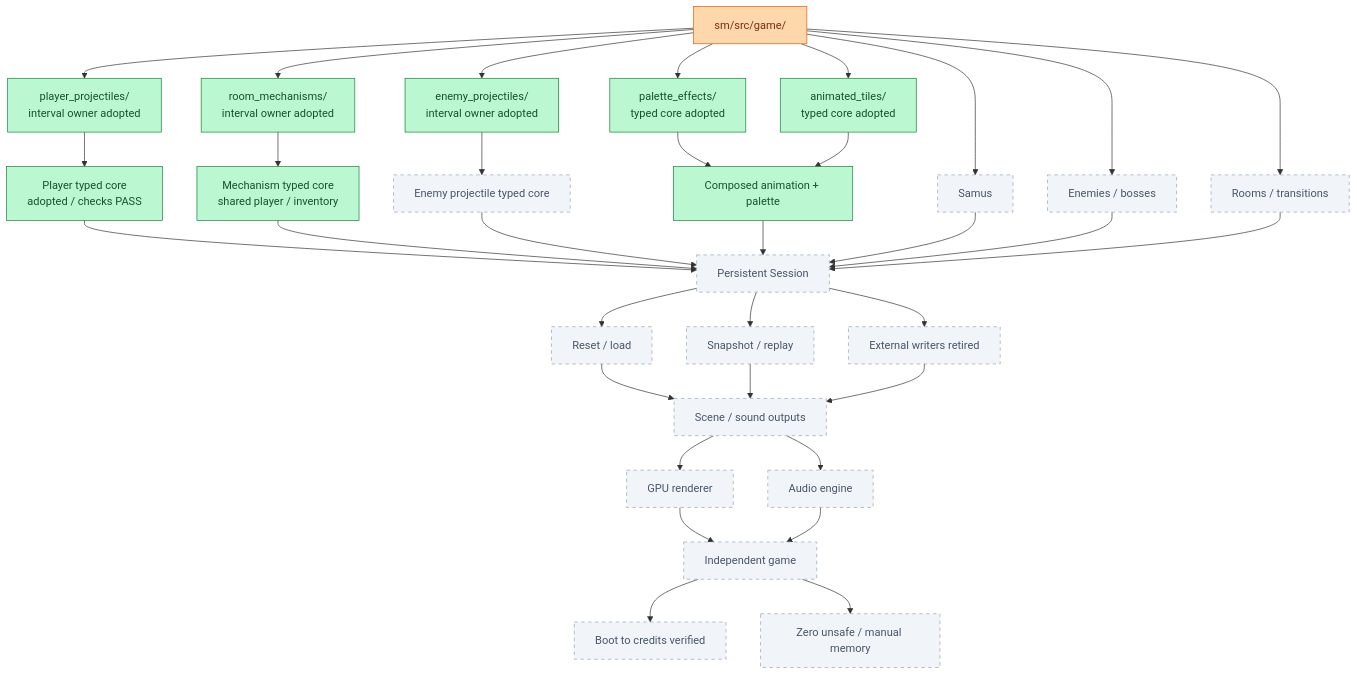
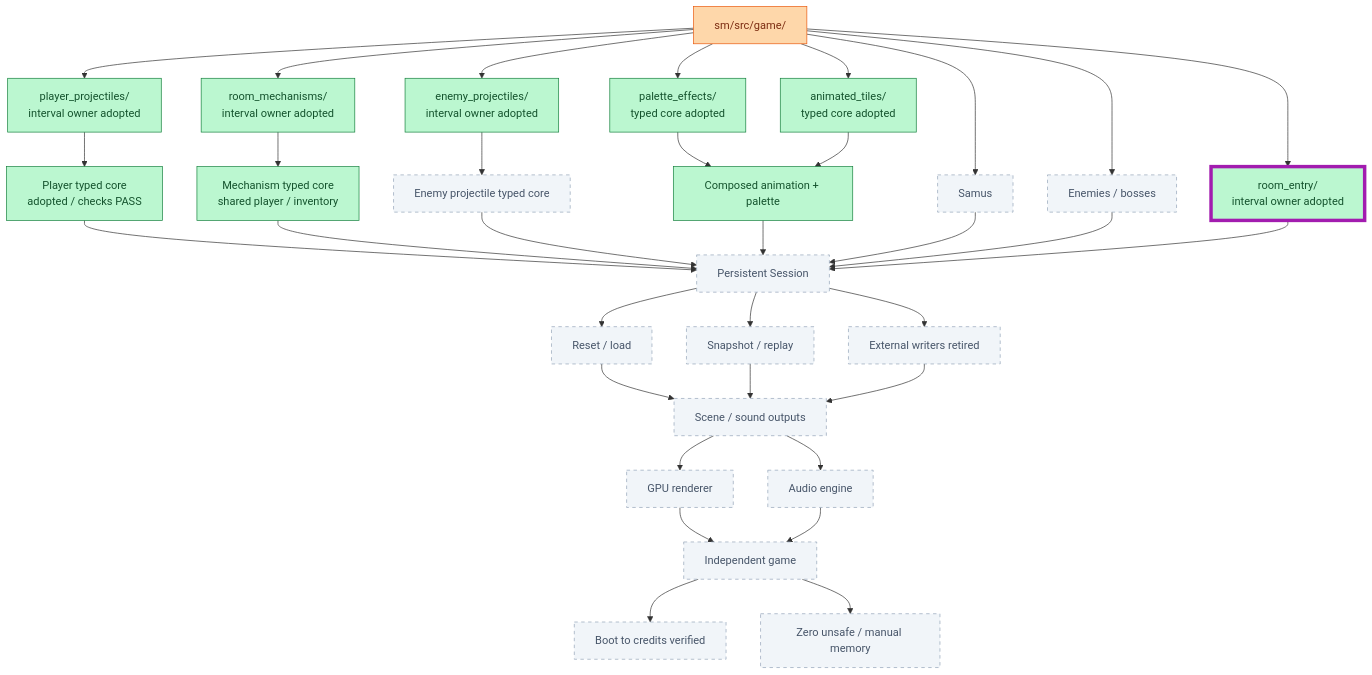
One commit to JimLundin/sm-decomp changed diagram 16 of 20 in PROGRESS.md. Above: the diagram before and after it, drawn with Mermaid. The commit also changed other lines of this file and 61 other files, not shown here.

````diff
--- a/PROGRESS.md
+++ b/PROGRESS.md
@@ -607,42 +637,43 @@
 ```mermaid
 flowchart TB
     GAME["sm/src/game/"]:::active
     GAME --> PP["player_projectiles/<br/>interval owner adopted"]:::done
     GAME --> RM["room_mechanisms/<br/>interval owner adopted"]:::done
     GAME --> EP["enemy_projectiles/<br/>interval owner adopted"]:::done
     GAME --> PAL["palette_effects/<br/>typed core adopted"]:::done
     GAME --> AT["animated_tiles/<br/>typed core adopted"]:::done
     PP --> PPT["Player typed core<br/>adopted / checks PASS"]:::done
     RM --> RMT["Mechanism typed core<br/>shared player / inventory"]:::done
     EP --> EPT["Enemy projectile typed core"]:::pending
     GAME --> SAMUS["Samus"]:::pending
     GAME --> ENEMIES["Enemies / bosses"]:::pending
-    GAME --> ROOMS["Rooms / transitions"]:::pending
+    GAME --> ROOMS["room_entry/<br/>interval owner adopted"]:::done
     PAL --> COMPOSE["Composed animation + palette"]:::done
     AT --> COMPOSE
     PPT --> OWN["Persistent Session"]:::pending
     RMT --> OWN
     EPT --> OWN
     COMPOSE --> OWN
     SAMUS --> OWN
     ENEMIES --> OWN
     ROOMS --> OWN
     OWN --> RESET["Reset / load"]:::pending
     OWN --> REPLAY["Snapshot / replay"]:::pending
     OWN --> WRITERS["External writers retired"]:::pending
     RESET --> OUTPUT["Scene / sound outputs"]:::pending
     REPLAY --> OUTPUT
     WRITERS --> OUTPUT
     OUTPUT --> GPU["GPU renderer"]:::pending
     OUTPUT --> AUDIO["Audio engine"]:::pending
     GPU --> SHIP["Independent game"]:::pending
     AUDIO --> SHIP
     SHIP --> CREDITS["Boot to credits verified"]:::pending
     SHIP --> SAFE["Zero unsafe / manual memory"]:::pending
+    class ROOMS changed
     classDef done fill:#bbf7d0,stroke:#15803d,color:#14532d
     classDef checked fill:#bfdbfe,stroke:#2563eb,color:#1e3a8a
     classDef active fill:#fed7aa,stroke:#ea580c,color:#7c2d12
     classDef pending fill:#f1f5f9,stroke:#94a3b8,color:#475569,stroke-dasharray:5 5
     classDef failed fill:#fecaca,stroke:#dc2626,color:#7f1d1d
     classDef changed stroke:#a21caf,stroke-width:5px
 ```
````
